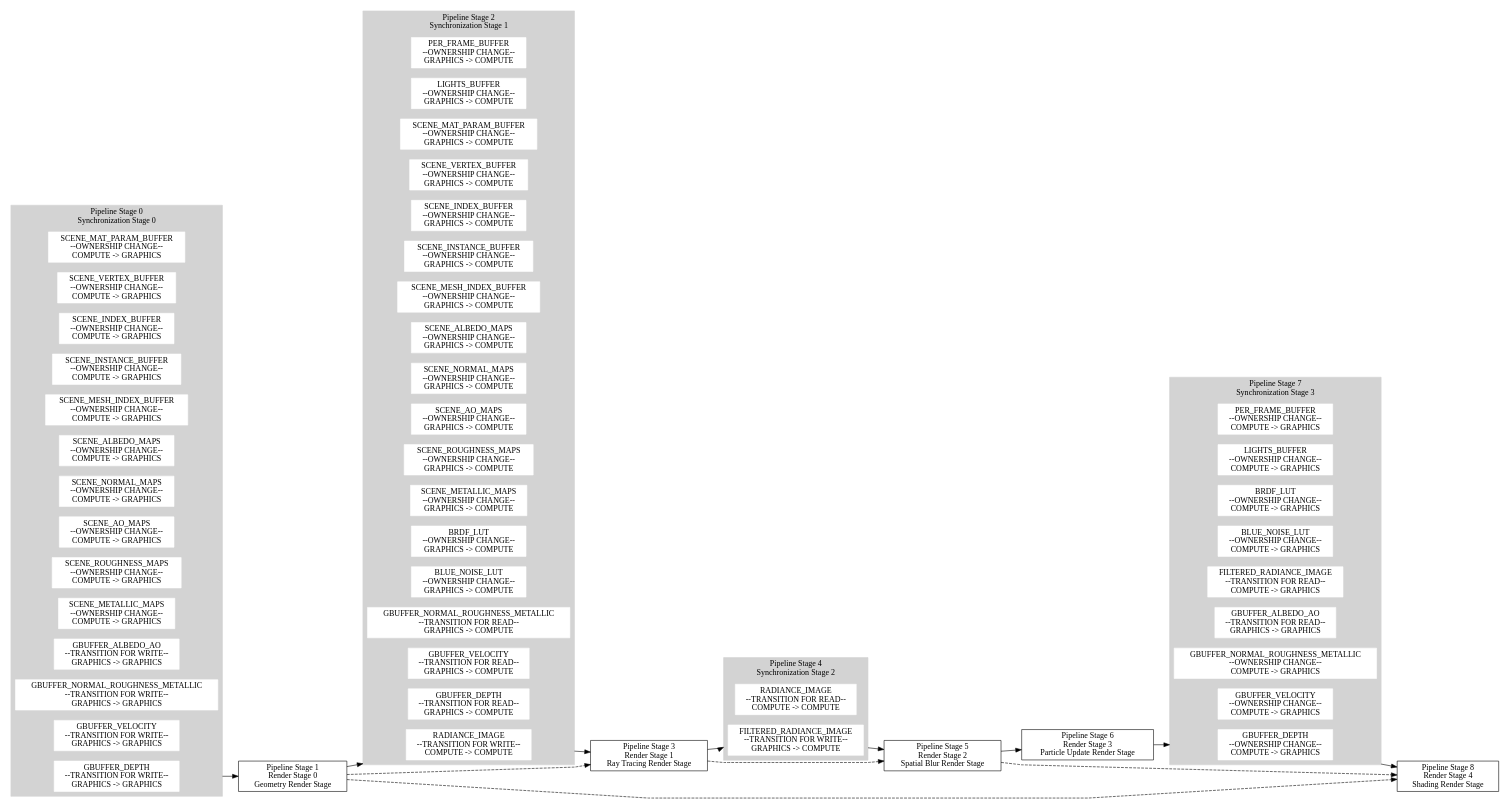
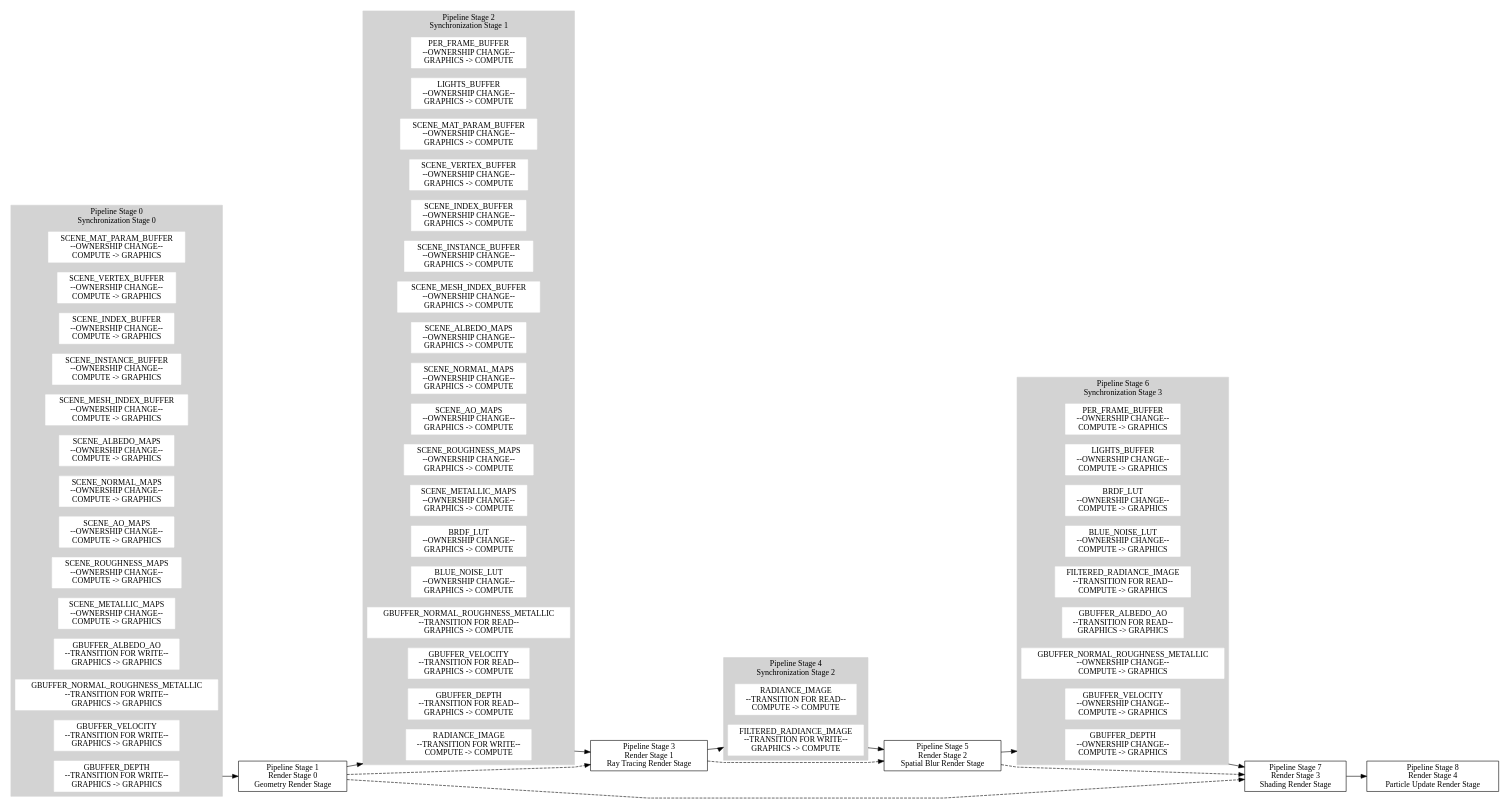
The diagram in Sandbox/rs_ord_test_render_graph.dot (IbexOmega/CrazyCanvas), drawn with Graphviz before and after one commit. The commit also changed 53 other files, not shown here.

```diff
--- a/Sandbox/rs_ord_test_render_graph.dot
+++ b/Sandbox/rs_ord_test_render_graph.dot
@@ -1,89 +1,89 @@
 digraph G {
 compound=true;
 	rankdir = LR;
 	splines=polyline
 	subgraph cluster0{
 		node [style=filled,color=white];
 		style = filled;
 		color = lightgrey;
 		label = "Pipeline Stage 0\nSynchronization Stage 0";
 		as0 [shape=box,label="SCENE_MAT_PARAM_BUFFER\n--OWNERSHIP CHANGE--\nCOMPUTE -> GRAPHICS"];
 		as1 [shape=box,label="SCENE_VERTEX_BUFFER\n--OWNERSHIP CHANGE--\nCOMPUTE -> GRAPHICS"];
 		as2 [shape=box,label="SCENE_INDEX_BUFFER\n--OWNERSHIP CHANGE--\nCOMPUTE -> GRAPHICS"];
 		as3 [shape=box,label="SCENE_INSTANCE_BUFFER\n--OWNERSHIP CHANGE--\nCOMPUTE -> GRAPHICS"];
 		as4 [shape=box,label="SCENE_MESH_INDEX_BUFFER\n--OWNERSHIP CHANGE--\nCOMPUTE -> GRAPHICS"];
 		as5 [shape=box,label="SCENE_ALBEDO_MAPS\n--OWNERSHIP CHANGE--\nCOMPUTE -> GRAPHICS"];
 		as6 [shape=box,label="SCENE_NORMAL_MAPS\n--OWNERSHIP CHANGE--\nCOMPUTE -> GRAPHICS"];
 		as7 [shape=box,label="SCENE_AO_MAPS\n--OWNERSHIP CHANGE--\nCOMPUTE -> GRAPHICS"];
 		as8 [shape=box,label="SCENE_ROUGHNESS_MAPS\n--OWNERSHIP CHANGE--\nCOMPUTE -> GRAPHICS"];
 		as9 [shape=box,label="SCENE_METALLIC_MAPS\n--OWNERSHIP CHANGE--\nCOMPUTE -> GRAPHICS"];
 		as10 [shape=box,label="GBUFFER_ALBEDO_AO\n--TRANSITION FOR WRITE--\nGRAPHICS -> GRAPHICS"];
 		as11 [shape=box,label="GBUFFER_NORMAL_ROUGHNESS_METALLIC\n--TRANSITION FOR WRITE--\nGRAPHICS -> GRAPHICS"];
 		as12 [shape=box,label="GBUFFER_VELOCITY\n--TRANSITION FOR WRITE--\nGRAPHICS -> GRAPHICS"];
 		as13 [shape=box,label="GBUFFER_DEPTH\n--TRANSITION FOR WRITE--\nGRAPHICS -> GRAPHICS"];
 	}
 	rs0 [shape = box, label = "Pipeline Stage 1\nRender Stage 0\nGeometry Render Stage"];
 	subgraph cluster1{
 		node [style=filled,color=white];
 		style = filled;
 		color = lightgrey;
 		label = "Pipeline Stage 2\nSynchronization Stage 1";
 		as14 [shape=box,label="PER_FRAME_BUFFER\n--OWNERSHIP CHANGE--\nGRAPHICS -> COMPUTE"];
 		as15 [shape=box,label="LIGHTS_BUFFER\n--OWNERSHIP CHANGE--\nGRAPHICS -> COMPUTE"];
 		as16 [shape=box,label="SCENE_MAT_PARAM_BUFFER\n--OWNERSHIP CHANGE--\nGRAPHICS -> COMPUTE"];
 		as17 [shape=box,label="SCENE_VERTEX_BUFFER\n--OWNERSHIP CHANGE--\nGRAPHICS -> COMPUTE"];
 		as18 [shape=box,label="SCENE_INDEX_BUFFER\n--OWNERSHIP CHANGE--\nGRAPHICS -> COMPUTE"];
 		as19 [shape=box,label="SCENE_INSTANCE_BUFFER\n--OWNERSHIP CHANGE--\nGRAPHICS -> COMPUTE"];
 		as20 [shape=box,label="SCENE_MESH_INDEX_BUFFER\n--OWNERSHIP CHANGE--\nGRAPHICS -> COMPUTE"];
 		as21 [shape=box,label="SCENE_ALBEDO_MAPS\n--OWNERSHIP CHANGE--\nGRAPHICS -> COMPUTE"];
 		as22 [shape=box,label="SCENE_NORMAL_MAPS\n--OWNERSHIP CHANGE--\nGRAPHICS -> COMPUTE"];
 		as23 [shape=box,label="SCENE_AO_MAPS\n--OWNERSHIP CHANGE--\nGRAPHICS -> COMPUTE"];
 		as24 [shape=box,label="SCENE_ROUGHNESS_MAPS\n--OWNERSHIP CHANGE--\nGRAPHICS -> COMPUTE"];
 		as25 [shape=box,label="SCENE_METALLIC_MAPS\n--OWNERSHIP CHANGE--\nGRAPHICS -> COMPUTE"];
 		as26 [shape=box,label="BRDF_LUT\n--OWNERSHIP CHANGE--\nGRAPHICS -> COMPUTE"];
 		as27 [shape=box,label="BLUE_NOISE_LUT\n--OWNERSHIP CHANGE--\nGRAPHICS -> COMPUTE"];
 		as28 [shape=box,label="GBUFFER_NORMAL_ROUGHNESS_METALLIC\n--TRANSITION FOR READ--\nGRAPHICS -> COMPUTE"];
 		as29 [shape=box,label="GBUFFER_VELOCITY\n--TRANSITION FOR READ--\nGRAPHICS -> COMPUTE"];
 		as30 [shape=box,label="GBUFFER_DEPTH\n--TRANSITION FOR READ--\nGRAPHICS -> COMPUTE"];
 		as31 [shape=box,label="RADIANCE_IMAGE\n--TRANSITION FOR WRITE--\nCOMPUTE -> COMPUTE"];
 	}
 	rs1 [shape = box, label = "Pipeline Stage 3\nRender Stage 1\nRay Tracing Render Stage"];
 	subgraph cluster2{
 		node [style=filled,color=white];
 		style = filled;
 		color = lightgrey;
 		label = "Pipeline Stage 4\nSynchronization Stage 2";
 		as32 [shape=box,label="RADIANCE_IMAGE\n--TRANSITION FOR READ--\nCOMPUTE -> COMPUTE"];
 		as33 [shape=box,label="FILTERED_RADIANCE_IMAGE\n--TRANSITION FOR WRITE--\nGRAPHICS -> COMPUTE"];
 	}
 	rs2 [shape = box, label = "Pipeline Stage 5\nRender Stage 2\nSpatial Blur Render Stage"];
-	rs3 [shape = box, label = "Pipeline Stage 6\nRender Stage 3\nParticle Update Render Stage"];
 	subgraph cluster3{
 		node [style=filled,color=white];
 		style = filled;
 		color = lightgrey;
-		label = "Pipeline Stage 7\nSynchronization Stage 3";
+		label = "Pipeline Stage 6\nSynchronization Stage 3";
 		as34 [shape=box,label="PER_FRAME_BUFFER\n--OWNERSHIP CHANGE--\nCOMPUTE -> GRAPHICS"];
 		as35 [shape=box,label="LIGHTS_BUFFER\n--OWNERSHIP CHANGE--\nCOMPUTE -> GRAPHICS"];
 		as36 [shape=box,label="BRDF_LUT\n--OWNERSHIP CHANGE--\nCOMPUTE -> GRAPHICS"];
 		as37 [shape=box,label="BLUE_NOISE_LUT\n--OWNERSHIP CHANGE--\nCOMPUTE -> GRAPHICS"];
 		as38 [shape=box,label="FILTERED_RADIANCE_IMAGE\n--TRANSITION FOR READ--\nCOMPUTE -> GRAPHICS"];
 		as39 [shape=box,label="GBUFFER_ALBEDO_AO\n--TRANSITION FOR READ--\nGRAPHICS -> GRAPHICS"];
 		as40 [shape=box,label="GBUFFER_NORMAL_ROUGHNESS_METALLIC\n--OWNERSHIP CHANGE--\nCOMPUTE -> GRAPHICS"];
 		as41 [shape=box,label="GBUFFER_VELOCITY\n--OWNERSHIP CHANGE--\nCOMPUTE -> GRAPHICS"];
 		as42 [shape=box,label="GBUFFER_DEPTH\n--OWNERSHIP CHANGE--\nCOMPUTE -> GRAPHICS"];
 	}
-	rs4 [shape = box, label = "Pipeline Stage 8\nRender Stage 4\nShading Render Stage"];
+	rs3 [shape = box, label = "Pipeline Stage 7\nRender Stage 3\nShading Render Stage"];
+	rs4 [shape = box, label = "Pipeline Stage 8\nRender Stage 4\nParticle Update Render Stage"];
 	as13 -> rs0[ltail=cluster0];
 	rs0 -> as31[lhead=cluster1];
 	as31 -> rs1[ltail=cluster1];
 	rs1 -> as33[lhead=cluster2];
 	as33 -> rs2[ltail=cluster2];
-	rs2 -> rs3
-	rs3 -> as42[lhead=cluster3];
-	as42 -> rs4[ltail=cluster3];
+	rs2 -> as42[lhead=cluster3];
+	as42 -> rs3[ltail=cluster3];
+	rs3 -> rs4
 	rs0 -> rs1[style=dashed];
-	rs0 -> rs4[style=dashed];
+	rs0 -> rs3[style=dashed];
 	rs1 -> rs2[style=dashed];
-	rs2 -> rs4[style=dashed];
+	rs2 -> rs3[style=dashed];
 }
```
